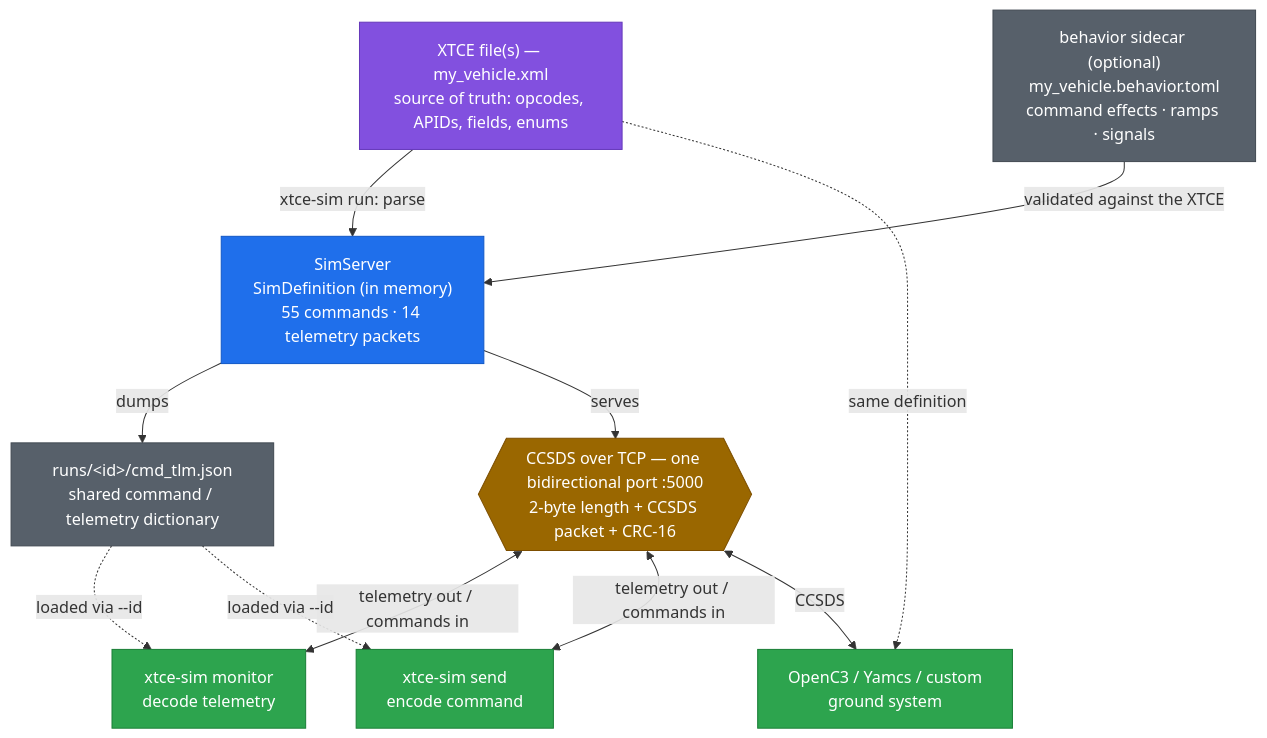
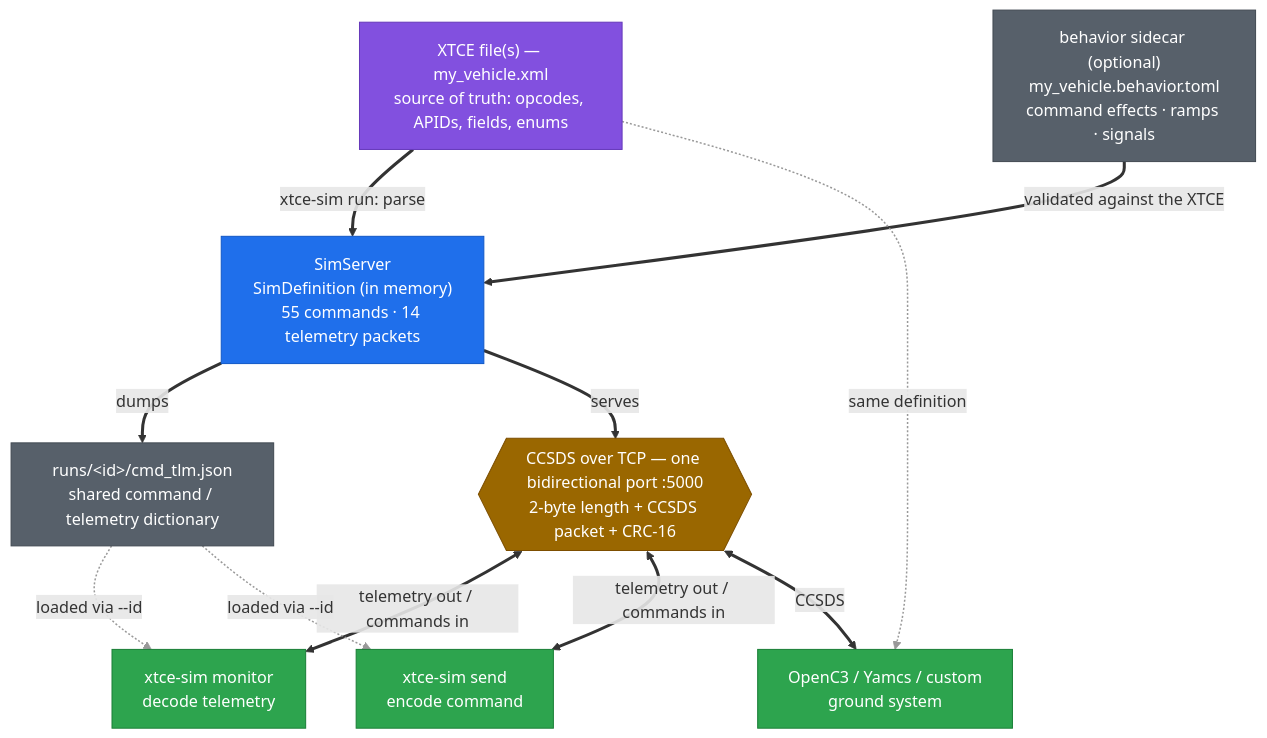
One commit to FredMessinger2/xtce-sim changed the diagram in README.md. Above: the diagram before and after it, drawn with Mermaid. The commit also changed other lines of this file and 6 other files, not shown here.

````diff
--- a/README.md
+++ b/README.md
@@ -27,36 +27,41 @@
 ```mermaid
 flowchart TD
     XTCE["XTCE file(s) — my_vehicle.xml<br/>source of truth: opcodes, APIDs, fields, enums"]
     BEH["behavior sidecar (optional)<br/>my_vehicle.behavior.toml<br/>command effects · ramps · signals"]
     SIM["SimServer<br/>SimDefinition (in memory)<br/>55 commands · 14 telemetry packets"]
     JSON["runs/&lt;id&gt;/cmd_tlm.json<br/>shared command / telemetry dictionary"]
     PORT{{"CCSDS over TCP — one bidirectional port :5000<br/>2-byte length + CCSDS packet + CRC-16"}}
     MON["xtce-sim monitor<br/>decode telemetry"]
     SEND["xtce-sim send<br/>encode command"]
     GS["OpenC3 / Yamcs / custom<br/>ground system"]
 
     XTCE -->|"xtce-sim run: parse"| SIM
     BEH -->|"validated against the XTCE"| SIM
     SIM -->|dumps| JSON
     SIM -->|serves| PORT
     PORT <-->|"telemetry out / commands in"| MON
     PORT <-->|"telemetry out / commands in"| SEND
     PORT <-->|CCSDS| GS
     JSON -.->|"loaded via --id"| MON
     JSON -.->|"loaded via --id"| SEND
     XTCE -.->|"same definition"| GS
 
+    %% Live/build links (solid) are thick and dark; out-of-band definition
+    %% sharing (dashed) is thin and gray — dash length alone is hard to see.
+    linkStyle 0,1,2,3,4,5,6 stroke-width:3px
+    linkStyle 7,8,9 stroke:#999999,stroke-width:1.5px
+
     %% Explicit fills + text colors so the diagram stays readable in both
     %% GitHub themes (the default theme picks unreadable colors in dark mode).
     classDef source fill:#8250df,stroke:#6639ba,color:#ffffff
     classDef sim fill:#1f6feb,stroke:#1158c7,color:#ffffff
     classDef artifact fill:#57606a,stroke:#424a53,color:#ffffff
     classDef wire fill:#9a6700,stroke:#7d4e00,color:#ffffff
     classDef client fill:#2da44e,stroke:#1a7f37,color:#ffffff
     class XTCE source
     class BEH artifact
     class SIM sim
     class JSON artifact
     class PORT wire
     class MON,SEND,GS client
 ```
````
